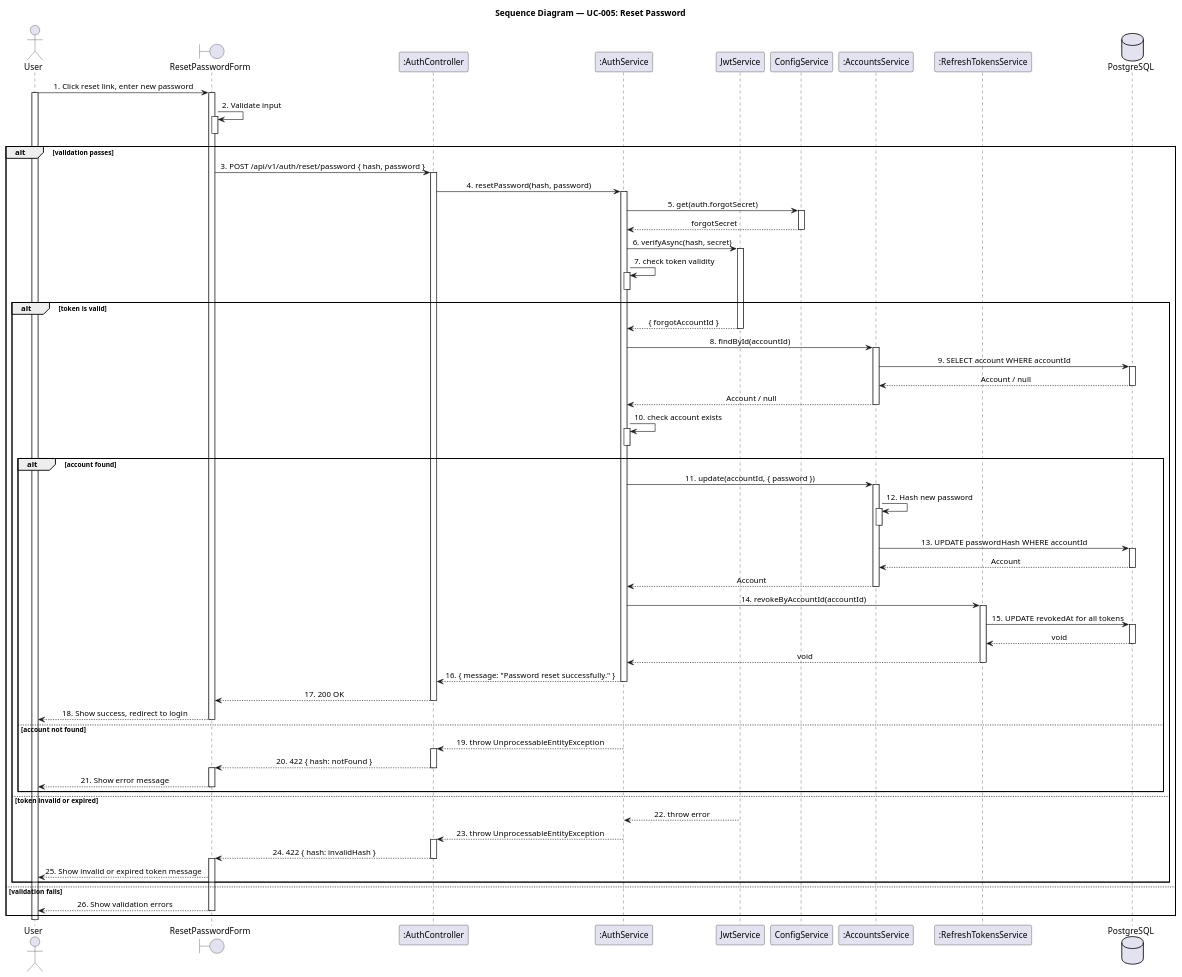
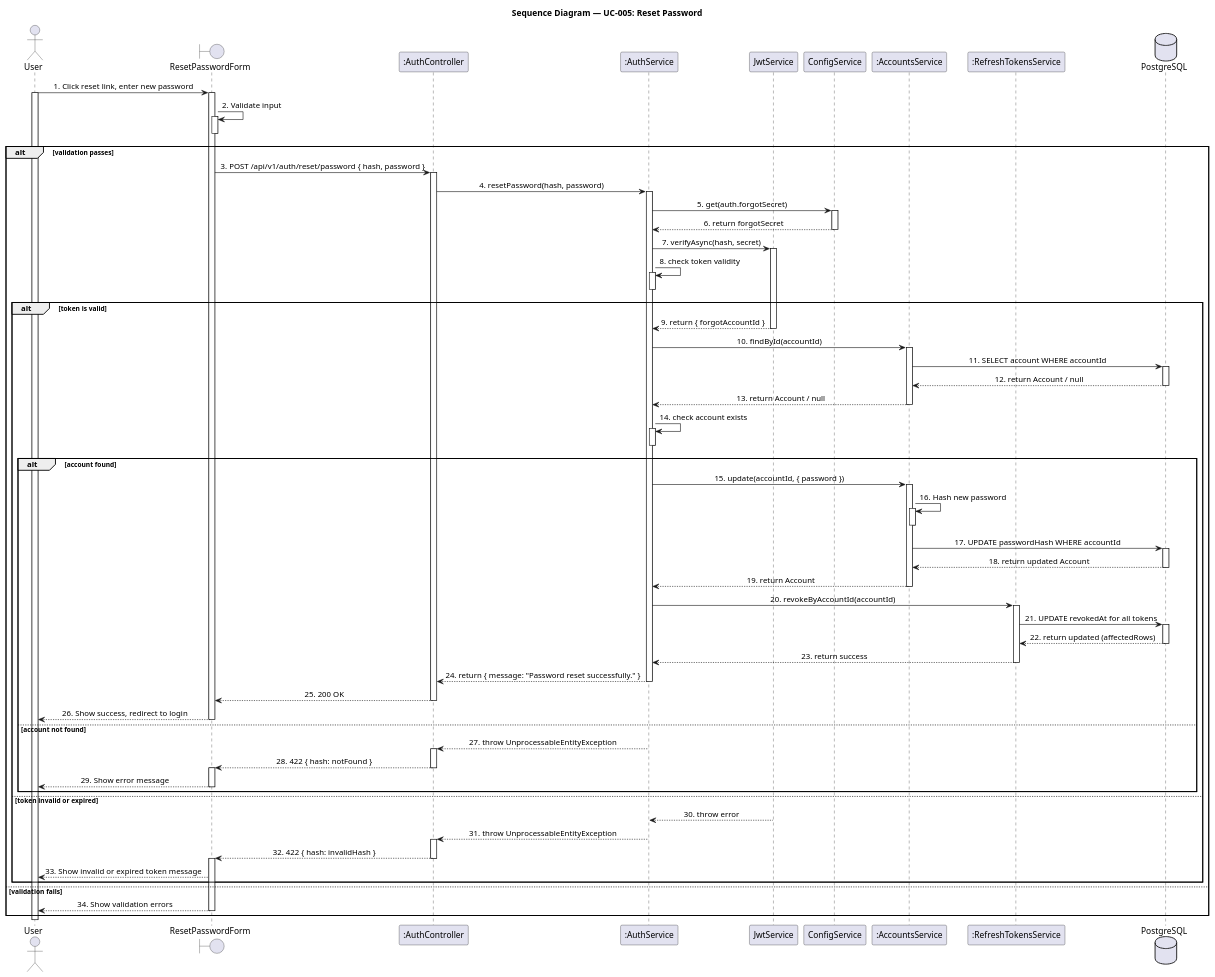
The diagram in docs/sequence-diagram/UC05_ResetPassword.puml (LTPPPP/Smart-Medical-Intelligent-Ledger-for-E-health-S.M.I.L.E-), drawn with PlantUML before and after one commit. The commit also changed 177 other files, not shown here.

Commit message:
skill and doc class diagram

```diff
--- a/docs/sequence-diagram/UC05_ResetPassword.puml
+++ b/docs/sequence-diagram/UC05_ResetPassword.puml
@@ -1,120 +1,120 @@
 @startuml SequenceDiagram
 skinparam shadowing false
 skinparam sequenceMessageAlign center
 
 title Sequence Diagram — UC-005: Reset Password
 
 actor "User" as user
 boundary "ResetPasswordForm" as form
 participant ":AuthController" as ctrl
 participant ":AuthService" as authSvc
 participant "JwtService" as jwt
 participant "ConfigService" as config
 participant ":AccountsService" as accSvc
 participant ":RefreshTokensService" as refSvc
 database "PostgreSQL" as db
 
 user -> form : 1. Click reset link, enter new password
 activate user
 activate form
 
 form -> form : 2. Validate input
 activate form
 deactivate form
 alt validation passes
   form -> ctrl : 3. POST /api/v1/auth/reset/password { hash, password }
   activate ctrl
 
   ctrl -> authSvc : 4. resetPassword(hash, password)
   activate authSvc
 
   authSvc -> config : 5. get(auth.forgotSecret)
   activate config
-  config --> authSvc : forgotSecret
+  config --> authSvc : 6. return forgotSecret
   deactivate config
 
-  authSvc -> jwt : 6. verifyAsync(hash, secret)
+  authSvc -> jwt : 7. verifyAsync(hash, secret)
   activate jwt
 
-  authSvc -> authSvc : 7. check token validity
+  authSvc -> authSvc : 8. check token validity
   activate authSvc
   deactivate authSvc
   alt token is valid
-    jwt --> authSvc : { forgotAccountId }
+    jwt --> authSvc : 9. return { forgotAccountId }
     deactivate jwt
 
-    authSvc -> accSvc : 8. findById(accountId)
+    authSvc -> accSvc : 10. findById(accountId)
     activate accSvc
-    accSvc -> db : 9. SELECT account WHERE accountId
+    accSvc -> db : 11. SELECT account WHERE accountId
     activate db
-    db --> accSvc : Account / null
+    db --> accSvc : 12. return Account / null
     deactivate db
-    accSvc --> authSvc : Account / null
+    accSvc --> authSvc : 13. return Account / null
     deactivate accSvc
 
-    authSvc -> authSvc : 10. check account exists
+    authSvc -> authSvc : 14. check account exists
     activate authSvc
     deactivate authSvc
     alt account found
-      authSvc -> accSvc : 11. update(accountId, { password })
+      authSvc -> accSvc : 15. update(accountId, { password })
       activate accSvc
 
-      accSvc -> accSvc : 12. Hash new password
+      accSvc -> accSvc : 16. Hash new password
       activate accSvc
       deactivate accSvc
 
-      accSvc -> db : 13. UPDATE passwordHash WHERE accountId
+      accSvc -> db : 17. UPDATE passwordHash WHERE accountId
       activate db
-      db --> accSvc : Account
+      db --> accSvc : 18. return updated Account
       deactivate db
-      accSvc --> authSvc : Account
+      accSvc --> authSvc : 19. return Account
       deactivate accSvc
 
-      authSvc -> refSvc : 14. revokeByAccountId(accountId)
+      authSvc -> refSvc : 20. revokeByAccountId(accountId)
       activate refSvc
-      refSvc -> db : 15. UPDATE revokedAt for all tokens
+      refSvc -> db : 21. UPDATE revokedAt for all tokens
       activate db
-      db --> refSvc : void
+      db --> refSvc : 22. return updated (affectedRows)
       deactivate db
-      refSvc --> authSvc : void
+      refSvc --> authSvc : 23. return success
       deactivate refSvc
 
-      authSvc --> ctrl : 16. { message: "Password reset successfully." }
+      authSvc --> ctrl : 24. return { message: "Password reset successfully." }
       deactivate authSvc
 
-      ctrl --> form : 17. 200 OK
+      ctrl --> form : 25. 200 OK
       deactivate ctrl
 
-      form --> user : 18. Show success, redirect to login
+      form --> user : 26. Show success, redirect to login
       deactivate form
     else account not found
-      authSvc --> ctrl : 19. throw UnprocessableEntityException
+      authSvc --> ctrl : 27. throw UnprocessableEntityException
       deactivate authSvc
       activate ctrl
-      ctrl --> form : 20. 422 { hash: notFound }
+      ctrl --> form : 28. 422 { hash: notFound }
       deactivate ctrl
       activate form
-      form --> user : 21. Show error message
+      form --> user : 29. Show error message
       deactivate form
     end
   else token invalid or expired
     activate jwt
-    jwt --> authSvc : 22. throw error
+    jwt --> authSvc : 30. throw error
     deactivate jwt
 
-    authSvc --> ctrl : 23. throw UnprocessableEntityException
+    authSvc --> ctrl : 31. throw UnprocessableEntityException
     deactivate authSvc
     activate ctrl
-    ctrl --> form : 24. 422 { hash: invalidHash }
+    ctrl --> form : 32. 422 { hash: invalidHash }
     deactivate ctrl
     activate form
-    form --> user : 25. Show invalid or expired token message
+    form --> user : 33. Show invalid or expired token message
   end
 else validation fails
-  form --> user : 26. Show validation errors
+  form --> user : 34. Show validation errors
   deactivate form
 end
 
 deactivate user
 
 @enduml
```
